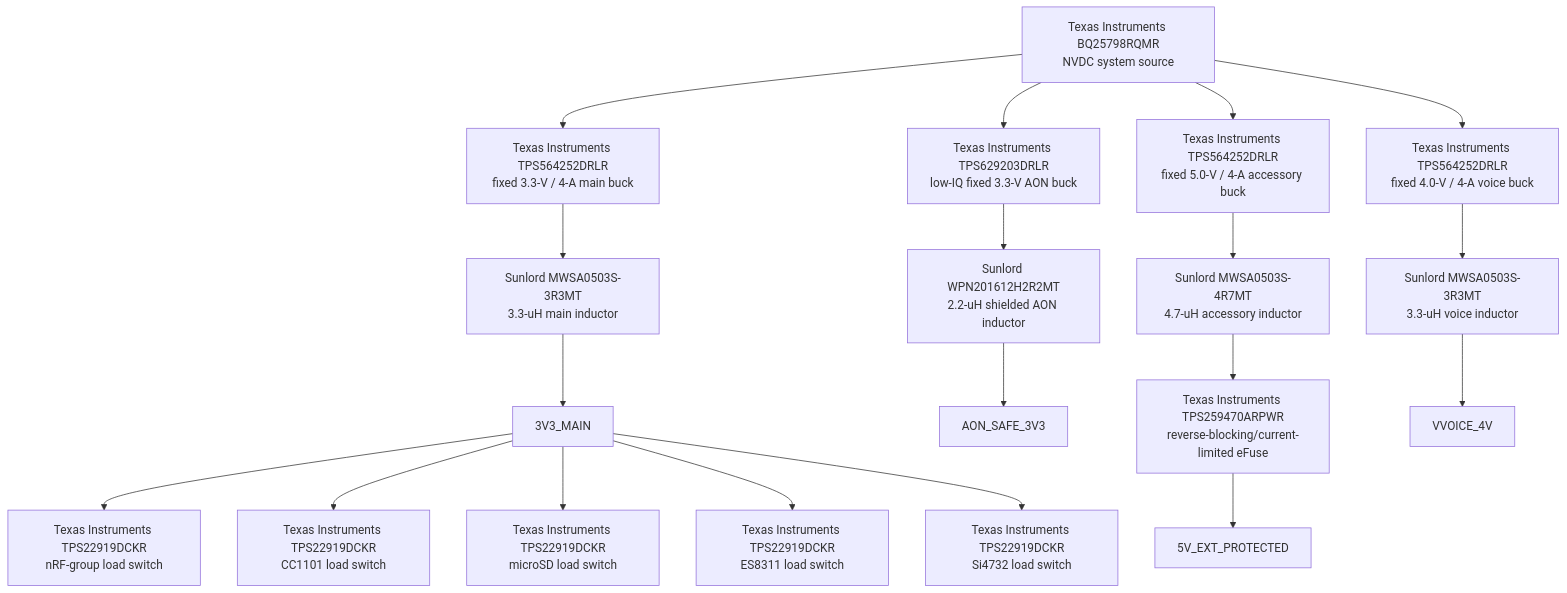
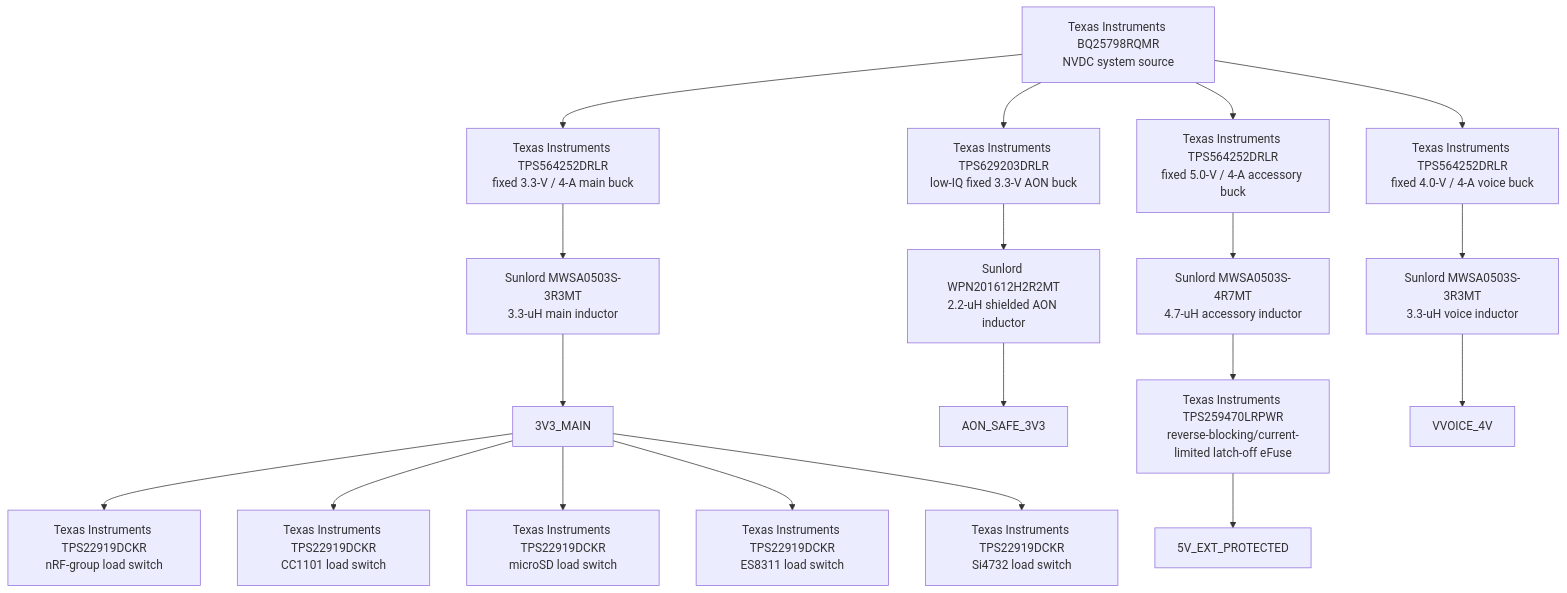
One commit to anton-vinogradov/esp32-leshy2 changed the diagram in docs/review/architecture/PWR-0008-exact-downstream-rail-tree.md. Above: the diagram before and after it, drawn with Mermaid. The commit also changed other lines of this file and 22 other files, not shown here.

Commit message:
docs: select latch-off accessory efuse

````diff
--- a/docs/review/architecture/PWR-0008-exact-downstream-rail-tree.md
+++ b/docs/review/architecture/PWR-0008-exact-downstream-rail-tree.md
@@ -35,28 +36,28 @@
 ```mermaid
 flowchart TD
   SYS["Texas Instruments BQ25798RQMR<br/>NVDC system source"]
   A["Texas Instruments TPS629203DRLR<br/>low-IQ fixed 3.3-V AON buck"]
   LA["Sunlord WPN201612H2R2MT<br/>2.2-uH shielded AON inductor"]
   M["Texas Instruments TPS564252DRLR<br/>fixed 3.3-V / 4-A main buck"]
   LM["Sunlord MWSA0503S-3R3MT<br/>3.3-uH main inductor"]
   V["Texas Instruments TPS564252DRLR<br/>fixed 4.0-V / 4-A voice buck"]
   LV["Sunlord MWSA0503S-3R3MT<br/>3.3-uH voice inductor"]
   E["Texas Instruments TPS564252DRLR<br/>fixed 5.0-V / 4-A accessory buck"]
   LE["Sunlord MWSA0503S-4R7MT<br/>4.7-uH accessory inductor"]
-  F["Texas Instruments TPS259470ARPWR<br/>reverse-blocking/current-limited eFuse"]
+  F["Texas Instruments TPS259470LRPWR<br/>reverse-blocking/current-limited latch-off eFuse"]
   SN["Texas Instruments TPS22919DCKR<br/>nRF-group load switch"]
   SC["Texas Instruments TPS22919DCKR<br/>CC1101 load switch"]
   SS["Texas Instruments TPS22919DCKR<br/>microSD load switch"]
   SA["Texas Instruments TPS22919DCKR<br/>ES8311 load switch"]
   SR["Texas Instruments TPS22919DCKR<br/>Si4732 load switch"]
 
   SYS --> A --> LA --> AON["AON_SAFE_3V3"]
   SYS --> M --> LM --> MAIN["3V3_MAIN"]
   SYS --> V --> LV --> VOICE["VVOICE_4V"]
   SYS --> E --> LE --> F --> EXT["5V_EXT_PROTECTED"]
   MAIN --> SN
   MAIN --> SC
   MAIN --> SS
   MAIN --> SA
   MAIN --> SR
 ```
````
